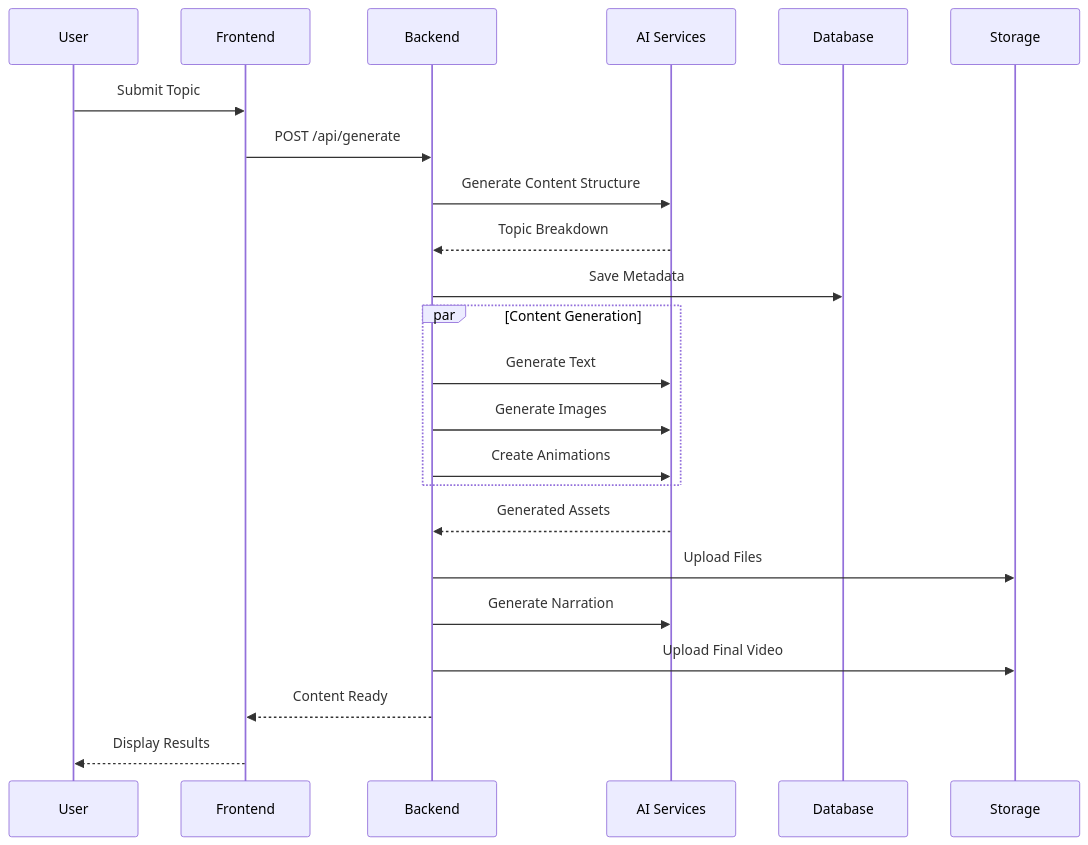
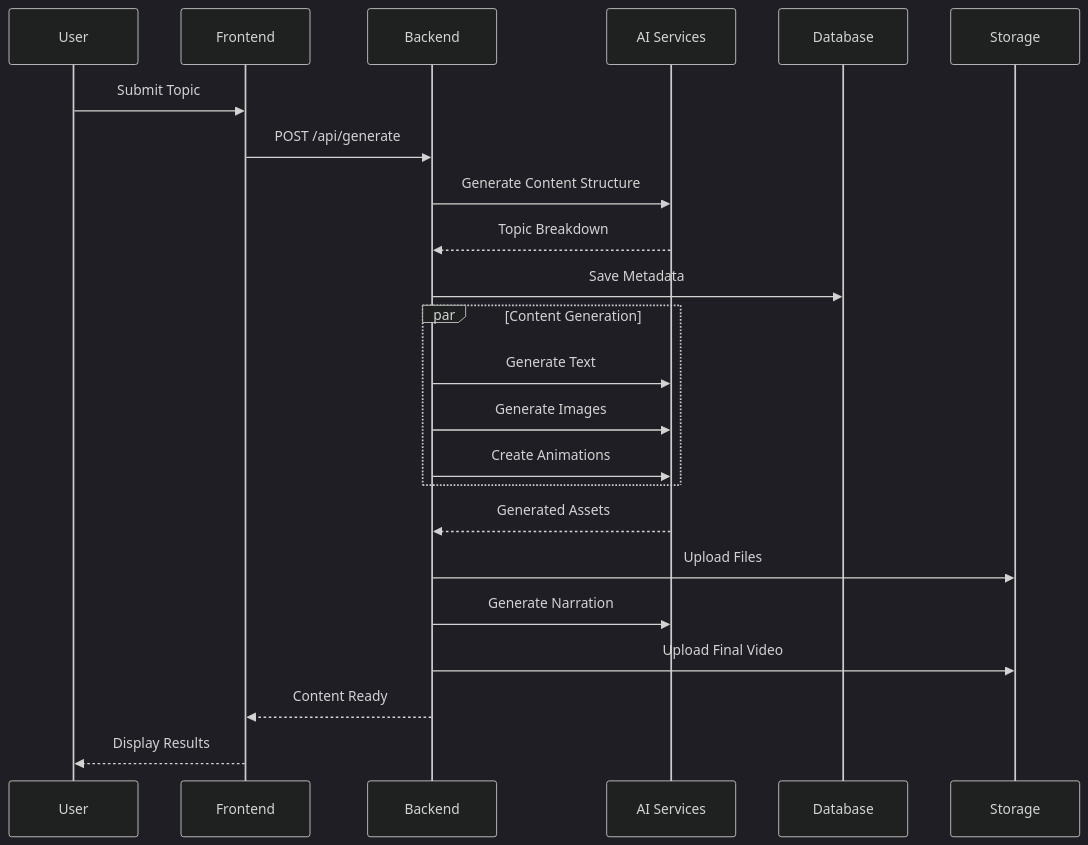
The second of 2 diagrams in README.md (varunaditya27/EduSynth), drawn with Mermaid before and after one commit. The commit also changed other lines of this file, not shown here.

Commit message:
Format team members and update architecture section

````diff
--- a/README.md
+++ b/README.md
@@ -192,28 +193,29 @@
 ```mermaid
+%%{init: {'theme': 'dark', 'sequence': {'actorFontFamily': 'monospace', 'messageFontFamily': 'monospace'}}}%%
 sequenceDiagram
     participant U as User
     participant F as Frontend
     participant B as Backend
     participant AI as AI Services
     participant DB as Database
     participant S as Storage
 
     U->>F: Submit Topic
     F->>B: POST /api/generate
     B->>AI: Generate Content Structure
     AI-->>B: Topic Breakdown
     B->>DB: Save Metadata
 
     par Content Generation
         B->>AI: Generate Text
         B->>AI: Generate Images
         B->>AI: Create Animations
     end
 
     AI-->>B: Generated Assets
     B->>S: Upload Files
     B->>AI: Generate Narration
     B->>S: Upload Final Video
     B-->>F: Content Ready
     F-->>U: Display Results
 ```
````
